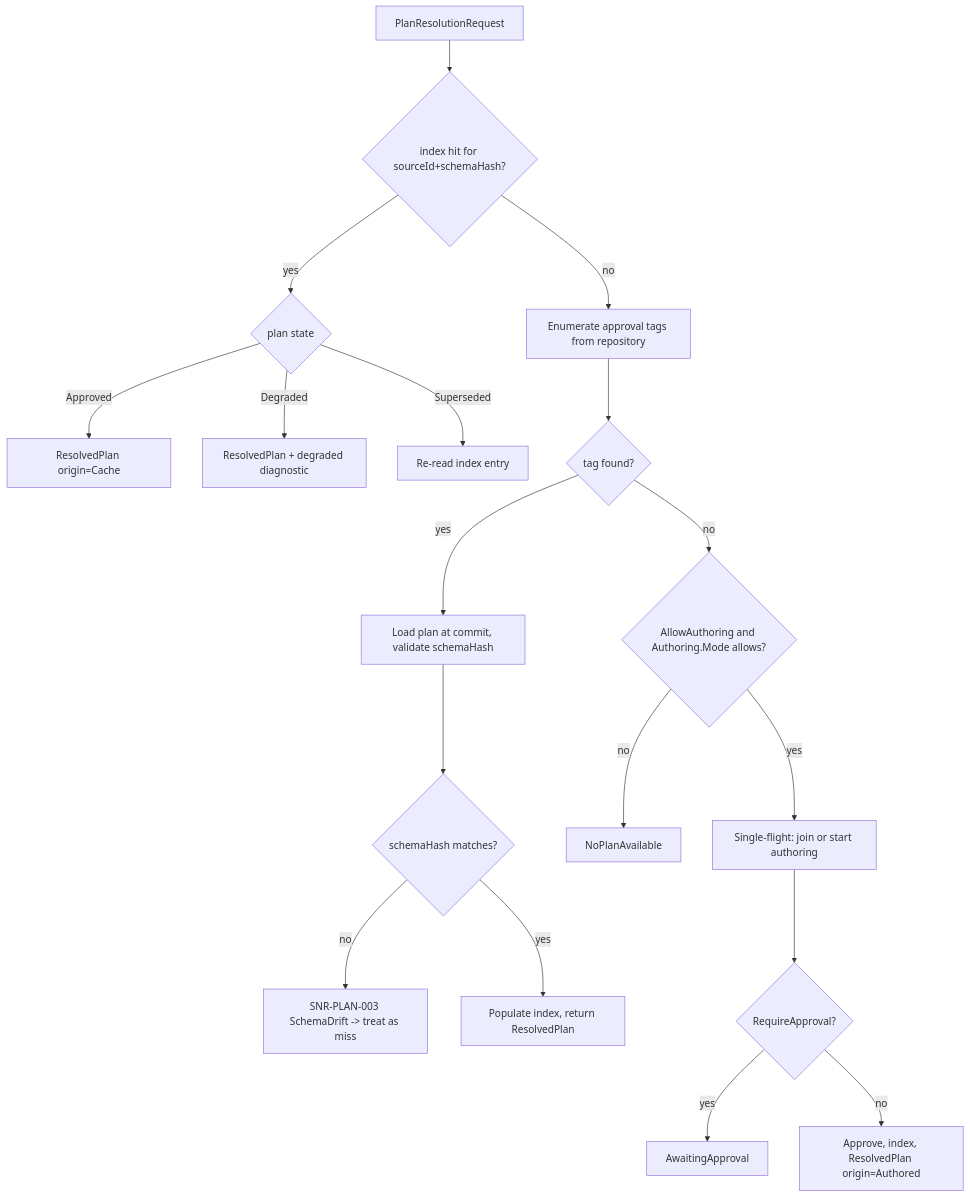
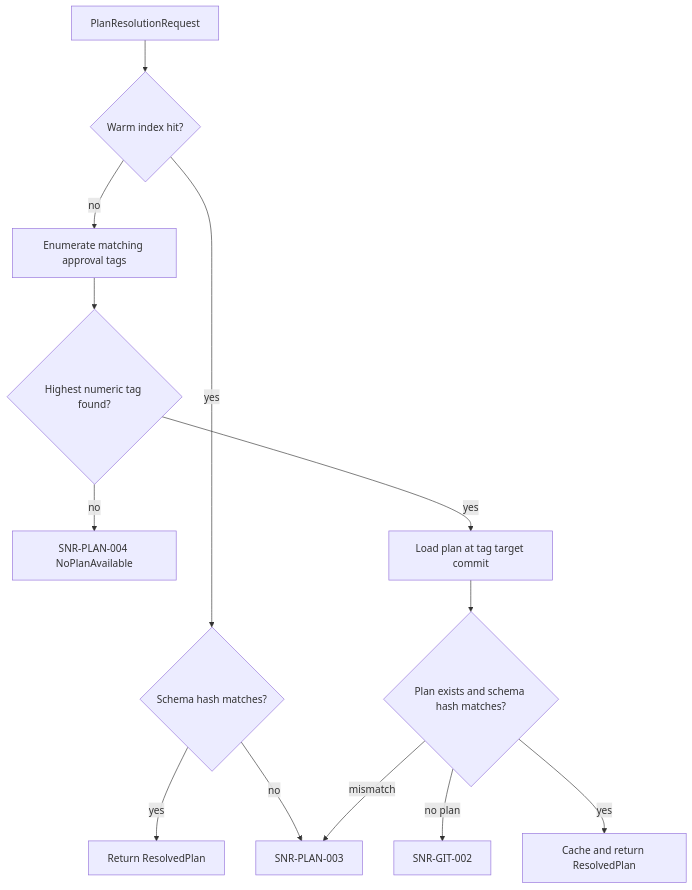
The diagram in docs/features/plan-resolver.md (sommmen/Sanare), drawn with Mermaid before and after one commit. The commit also changed other lines of this file and 31 other files, not shown here.

First line of the commit message:
feat(core): add Git-backed extraction plan storage

````diff
--- a/docs/features/plan-resolver.md
+++ b/docs/features/plan-resolver.md
@@ -78,20 +66,15 @@
 ```mermaid
 flowchart TD
-    A[PlanResolutionRequest] --> B{index hit for sourceId+schemaHash?}
-    B -- yes --> C{plan state}
-    C -- Approved --> D[ResolvedPlan origin=Cache]
-    C -- Degraded --> E[ResolvedPlan + degraded diagnostic]
-    C -- Superseded --> F[Re-read index entry]
-    B -- no --> G[Enumerate approval tags from repository]
-    G --> H{tag found?}
-    H -- yes --> I[Load plan at commit, validate schemaHash]
-    I --> J{schemaHash matches?}
-    J -- no --> K[SNR-PLAN-003 SchemaDrift -> treat as miss]
-    J -- yes --> L[Populate index, return ResolvedPlan]
-    H -- no --> M{AllowAuthoring and Authoring.Mode allows?}
-    M -- no --> N[NoPlanAvailable]
-    M -- yes --> O[Single-flight: join or start authoring]
-    O --> P{RequireApproval?}
-    P -- yes --> Q[AwaitingApproval]
-    P -- no --> R[Approve, index, ResolvedPlan origin=Authored]
+    A[PlanResolutionRequest] --> B{Warm index hit?}
+    B -- yes --> C{Schema hash matches?}
+    C -- yes --> D[Return ResolvedPlan]
+    C -- no --> E[SNR-PLAN-003]
+    B -- no --> F[Enumerate matching approval tags]
+    F --> G{Highest numeric tag found?}
+    G -- no --> H[SNR-PLAN-004 NoPlanAvailable]
+    G -- yes --> I[Load plan at tag target commit]
+    I --> J{Plan exists and schema hash matches?}
+    J -- no plan --> K[SNR-GIT-002]
+    J -- mismatch --> E
+    J -- yes --> L[Cache and return ResolvedPlan]
 ```
````
